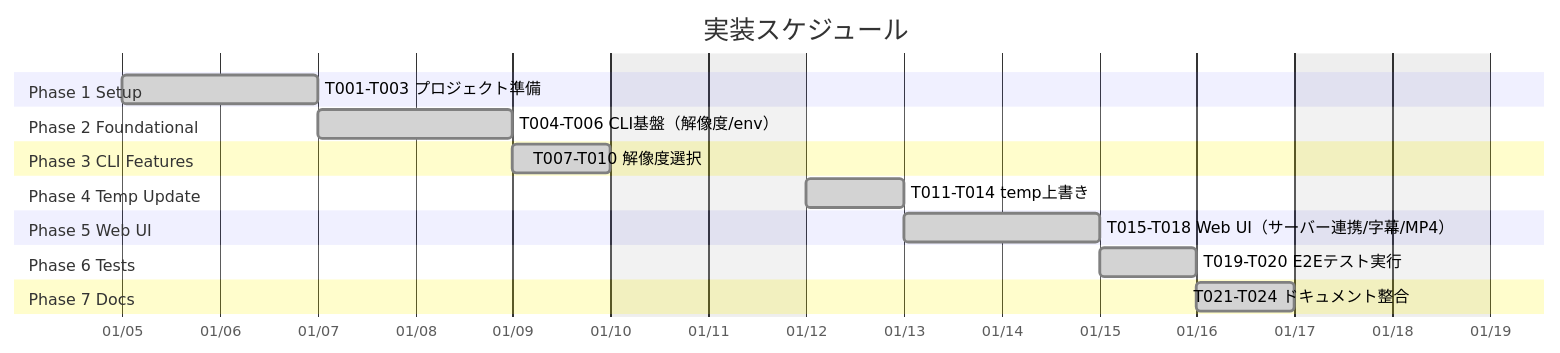
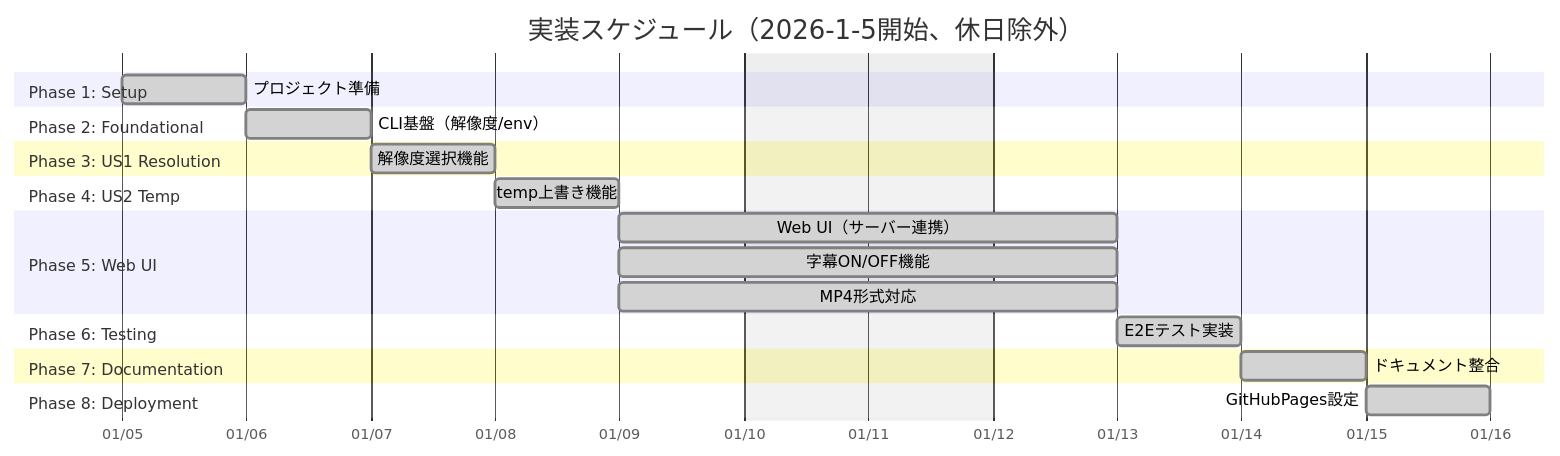
The first of 2 diagrams in specs/001-Slide-MyVoice-Maker/tasks.md (J1921604/Slide-MyVoice-Maker), drawn with Mermaid before and after one commit. The commit also changed other lines of this file and 2 other files, not shown here.

Commit message:
fix: Improve PDF upload reliability with timeout and better error handling
- Added 30-second timeout to PDF upload fetch requests
- Improved status messages during PDF upload process
- Added detailed error logging for debugging
- Process continues to PDF rendering even if backend save fails
- Updated constitution.md: Changed Edge TTS reference to Coqui TTS (XTTS v2)
- Updated tasks.md: Refined Gantt chart with detailed phase breakdown

E2E tests: 2/2 passed in 5.93s
Version: 1.0.0
Date: 2026-1-5

````diff
--- a/specs/001-Slide-MyVoice-Maker/tasks.md
+++ b/specs/001-Slide-MyVoice-Maker/tasks.md
@@ -18,28 +18,33 @@
 ```mermaid
 gantt
-    title 実装スケジュール
+    title 実装スケジュール（2026-1-5開始、休日除外）
     dateFormat YYYY-MM-DD
     axisFormat %m/%d
     excludes weekends,2025-12-27,2025-12-28,2025-12-29,2025-12-30,2025-12-31,2026-01-01,2026-01-02,2026-01-03,2026-01-04
 
-    section Phase 1 Setup
-    T001-T003 プロジェクト準備                :done, p1, 2026-01-05, 2d
+    section Phase 1: Setup
+    プロジェクト準備                :done, p1, 2026-01-05, 1d
 
-    section Phase 2 Foundational
-    T004-T006 CLI基盤（解像度/env）            :done, p2, after p1, 2d
+    section Phase 2: Foundational
+    CLI基盤（解像度/env）            :done, p2, after p1, 1d
 
-    section Phase 3 CLI Features
-    T007-T010 解像度選択                       :done, p3, after p2, 1d
+    section Phase 3: US1 Resolution
+    解像度選択機能                   :done, p3, after p2, 1d
 
-    section Phase 4 Temp Update
-    T011-T014 temp上書き                       :done, p4, after p3, 1d
+    section Phase 4: US2 Temp
+    temp上書き機能                   :done, p4, after p3, 1d
 
-    section Phase 5 Web UI
-    T015-T018 Web UI（サーバー連携/字幕/MP4）   :done, p5, after p4, 2d
+    section Phase 5: Web UI
+    Web UI（サーバー連携）            :done, p5, after p4, 2d
+    字幕ON/OFF機能                   :done, p5_sub1, after p4, 2d
+    MP4形式対応                      :done, p5_sub2, after p4, 2d
 
-    section Phase 6 Tests
-    T019-T020 E2Eテスト実行                    :done, p6, after p5, 1d
+    section Phase 6: Testing
+    E2Eテスト実装                    :done, p6, after p5, 1d
 
-    section Phase 7 Docs
-    T021-T024 ドキュメント整合                  :done, p7, after p6, 1d
+    section Phase 7: Documentation
+    ドキュメント整合                  :done, p7, after p6, 1d
+    
+    section Phase 8: Deployment
+    GitHubPages設定                  :done, p8, after p7, 1d
 ```
````
